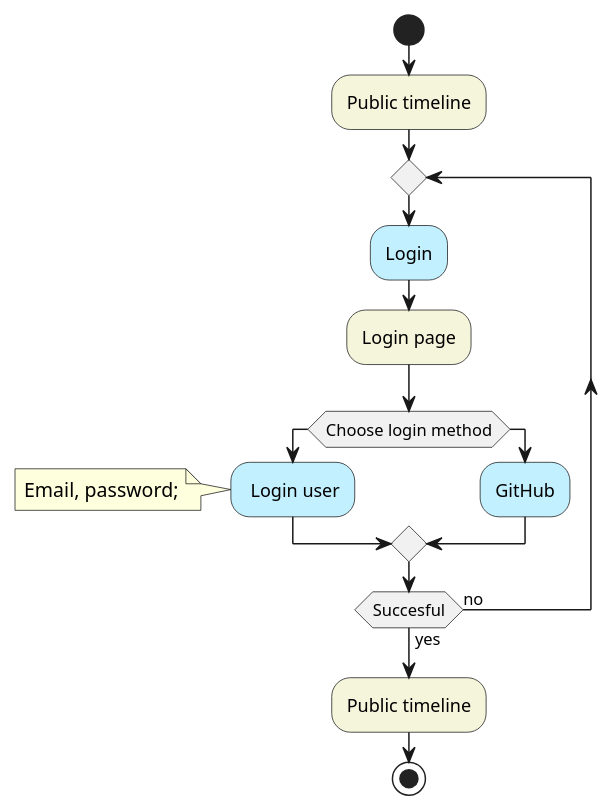
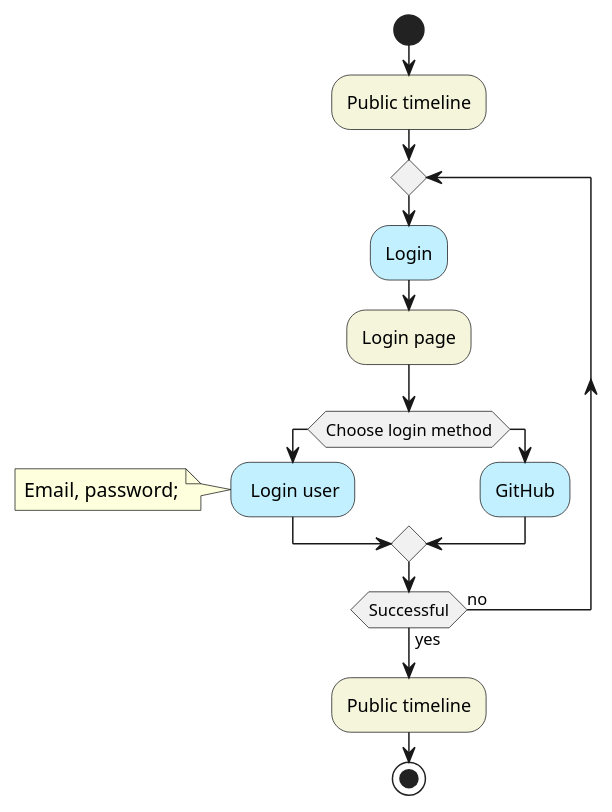
Before and after one commit to ITU-BDSA23-GROUP1/Chirp: the diagram in docs/diagrams/login.plantuml, drawn with PlantUML. The commit also changed 6 other files, not shown here.

Commit message:
Update name for diagram

```diff
--- a/docs/diagrams/login.plantuml
+++ b/docs/diagrams/login.plantuml
@@ -1,16 +1,16 @@
 @startuml Login
 start
 #beige:Public timeline;
 repeat
 #APPLICATION:Login;
     #beige:Login page;
     if (Choose login method) then
         #APPLICATION: Login user;
         note left: Email, password;
     else
         #APPLICATION:GitHub;
     endif
-repeat while (Succesful) is (no) not (yes)
+repeat while (Successful) is (no) not (yes)
 #beige:Public timeline;
 stop
 @enduml
```
